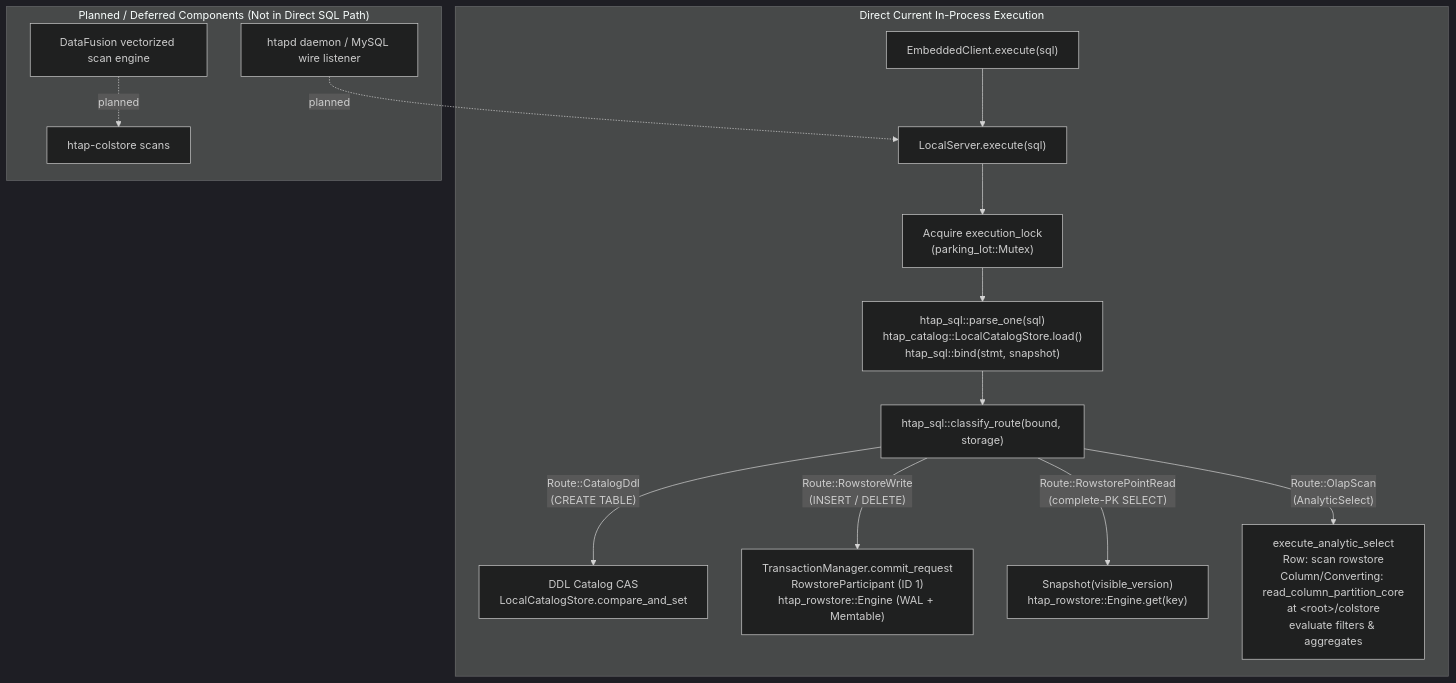
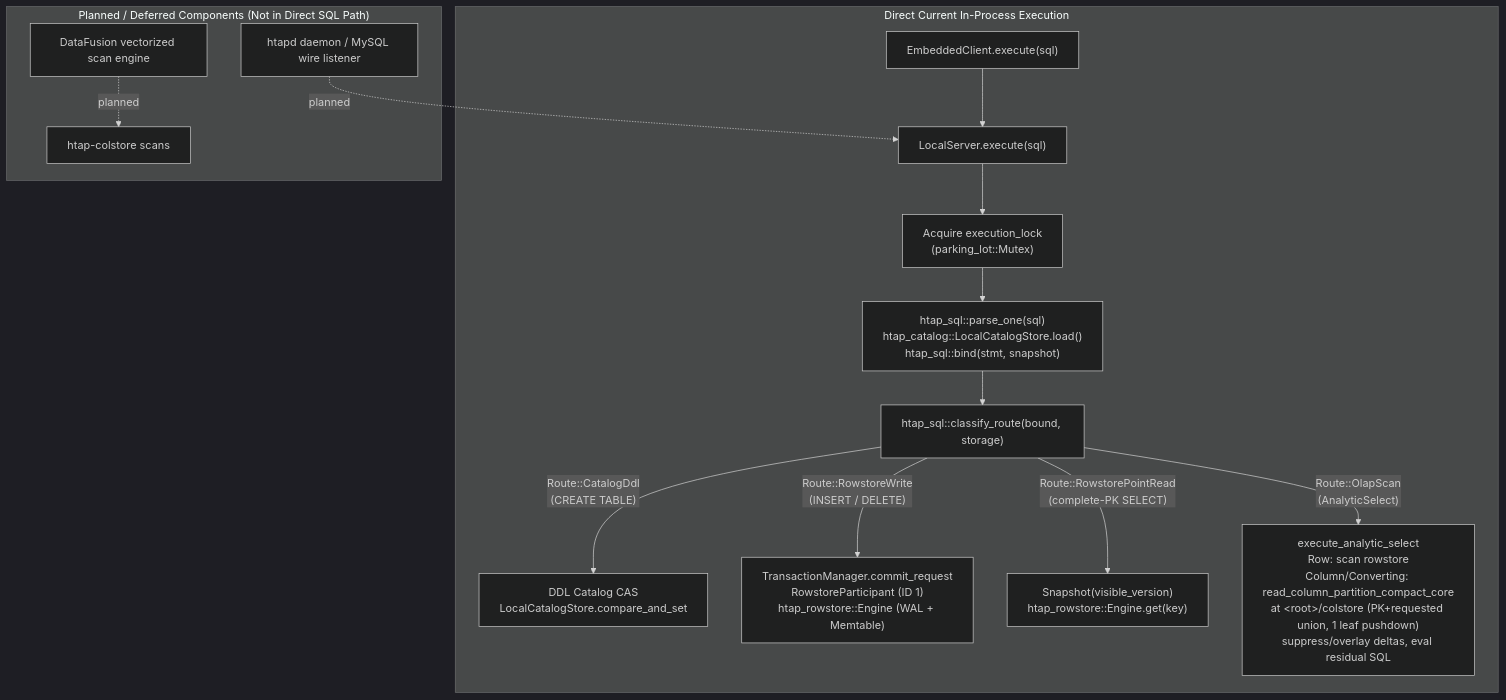
The first of 2 diagrams in docs/ARCHITECTURE.md (scarecrowgit/fluidb), drawn with Mermaid (dark theme) before and after one commit. The commit also changed other lines of this file and 6 other files, not shown here.

First line of the commit message:
docs(olap): document compact base pushdown and delta overlay

````diff
--- a/docs/ARCHITECTURE.md
+++ b/docs/ARCHITECTURE.md
@@ -124,19 +124,19 @@
 ```mermaid
 flowchart TD
     subgraph CurrentDirectCalls ["Direct Current In-Process Execution"]
         EC["EmbeddedClient.execute(sql)"] --> LS["LocalServer.execute(sql)"]
         LS --> Lock["Acquire execution_lock<br/>(parking_lot::Mutex)"]
         Lock --> SQL["htap_sql::parse_one(sql)<br/>htap_catalog::LocalCatalogStore.load()<br/>htap_sql::bind(stmt, snapshot)"]
         SQL --> Route["htap_sql::classify_route(bound, storage)"]
 
         Route -->|"Route::CatalogDdl<br/>(CREATE TABLE)"| DDL["DDL Catalog CAS<br/>LocalCatalogStore.compare_and_set"]
         Route -->|"Route::RowstoreWrite<br/>(INSERT / DELETE)"| DML["TransactionManager.commit_request<br/>RowstoreParticipant (ID 1)<br/>htap_rowstore::Engine (WAL + Memtable)"]
         Route -->|"Route::RowstorePointRead<br/>(complete-PK SELECT)"| PointRead["Snapshot(visible_version)<br/>htap_rowstore::Engine.get(key)"]
-        Route -->|"Route::OlapScan<br/>(AnalyticSelect)"| OlapScan["execute_analytic_select<br/>Row: scan rowstore<br/>Column/Converting: read_column_partition_core<br/>at &lt;root&gt;/colstore<br/>evaluate filters &amp; aggregates"]
+        Route -->|"Route::OlapScan<br/>(AnalyticSelect)"| OlapScan["execute_analytic_select<br/>Row: scan rowstore<br/>Column/Converting: read_column_partition_compact_core<br/>at &lt;root&gt;/colstore (PK+requested union, 1 leaf pushdown)<br/>suppress/overlay deltas, eval residual SQL"]
     end
 
     subgraph PlannedDeferred ["Planned / Deferred Components (Not in Direct SQL Path)"]
         Daemon["htapd daemon / MySQL wire listener"] -.->|planned| LS
         DataFusion["DataFusion vectorized scan engine"] -.->|planned| ColEngine["htap-colstore scans"]
     end
 ```
````
